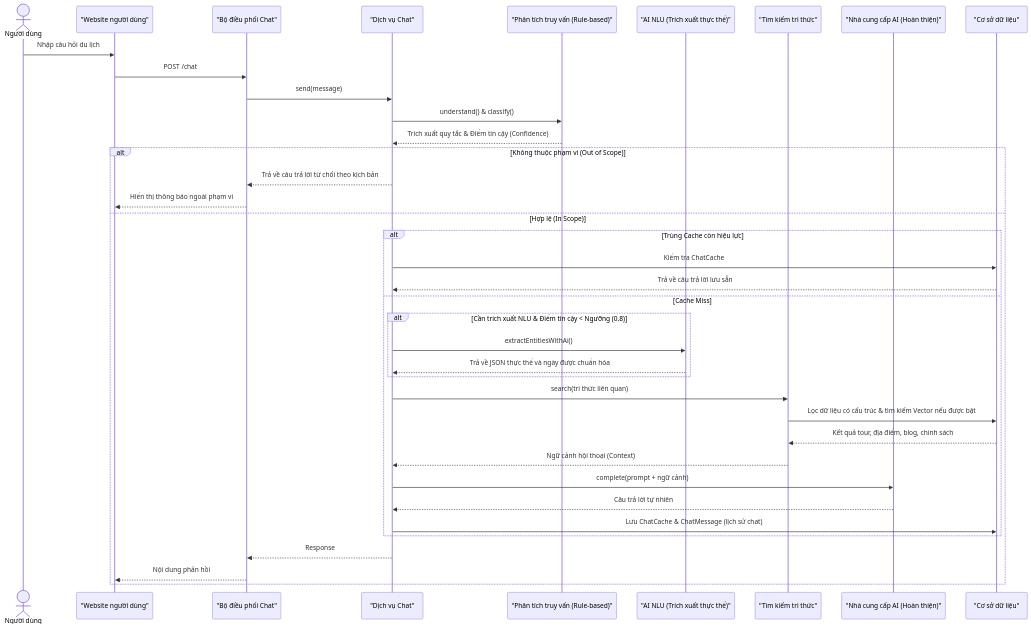
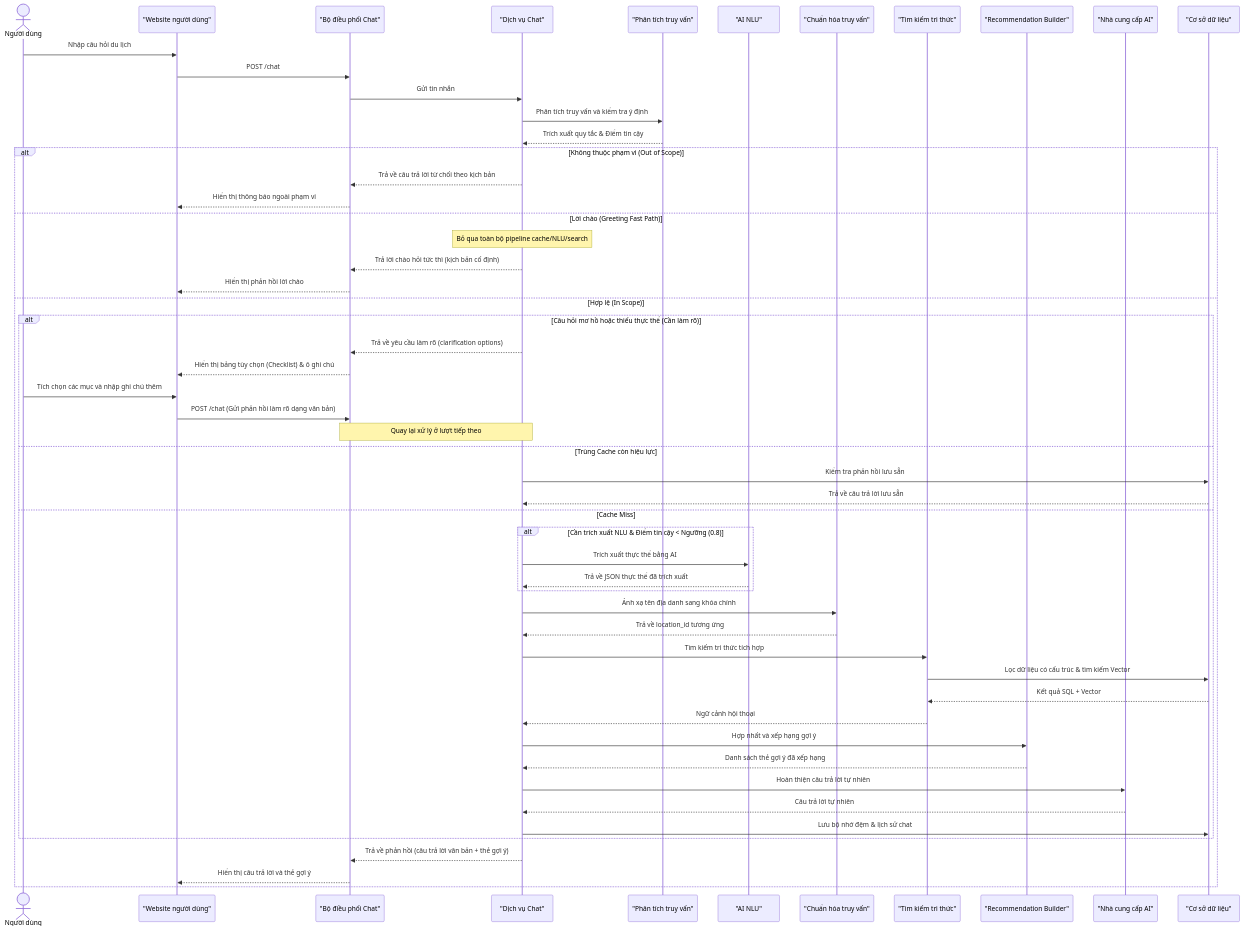
One commit to TayDuyNguyen/DATN_Document changed the sixth of 9 diagrams in bao-cao-do-an-danangtrip-md/03_chuong_2_phan_tich_thiet_ke_he_thong.md. Above: the diagram before and after it, drawn with Mermaid. The commit also changed other lines of this file and 9 other files, not shown here.

Commit message:
docs(chatbot): update chatbot pipeline steps, checklist clarification, and admin configuration screens in report

````diff
--- a/bao-cao-do-an-danangtrip-md/03_chuong_2_phan_tich_thiet_ke_he_thong.md
+++ b/bao-cao-do-an-danangtrip-md/03_chuong_2_phan_tich_thiet_ke_he_thong.md
@@ -418,42 +419,58 @@
 ```mermaid
 sequenceDiagram
     actor U as Người dùng
     participant W as "Website người dùng"
     participant API as "Bộ điều phối Chat"
     participant S as "Dịch vụ Chat"
-    participant QU as "Phân tích truy vấn (Rule-based)"
-    participant AI_NLU as "AI NLU (Trích xuất thực thể)"
+    participant QU as "Phân tích truy vấn"
+    participant AI_NLU as "AI NLU"
+    participant NR as "Chuẩn hóa truy vấn"
     participant K as "Tìm kiếm tri thức"
-    participant AI as "Nhà cung cấp AI (Hoàn thiện)"
+    participant RB as "Recommendation Builder"
+    participant AI as "Nhà cung cấp AI"
     participant DB as "Cơ sở dữ liệu"
 
     U->>W: Nhập câu hỏi du lịch
     W->>API: POST /chat
-    API->>S: send(message)
-    S->>QU: understand() & classify()
-    QU-->>S: Trích xuất quy tắc & Điểm tin cậy (Confidence)
-    
+    API->>S: Gửi tin nhắn
+    S->>QU: Phân tích truy vấn và kiểm tra ý định
+    QU-->>S: Trích xuất quy tắc & Điểm tin cậy
+
     alt Không thuộc phạm vi (Out of Scope)
         S-->>API: Trả về câu trả lời từ chối theo kịch bản
         API-->>W: Hiển thị thông báo ngoài phạm vi
+    else Lời chào (Greeting Fast Path)
+        Note over S: Bỏ qua toàn bộ pipeline cache/NLU/search
+        S-->>API: Trả lời chào hỏi tức thì (kịch bản cố định)
+        API-->>W: Hiển thị phản hồi lời chào
     else Hợp lệ (In Scope)
-        alt Trùng Cache còn hiệu lực
-            S->>DB: Kiểm tra ChatCache
+        alt Câu hỏi mơ hồ hoặc thiếu thực thể (Cần làm rõ)
+            S-->>API: Trả về yêu cầu làm rõ (clarification options)
+            API-->>W: Hiển thị bảng tùy chọn (Checklist) & ô ghi chú
+            U->>W: Tích chọn các mục và nhập ghi chú thêm
+            W->>API: POST /chat (Gửi phản hồi làm rõ dạng văn bản)
+            Note over API,S: Quay lại xử lý ở lượt tiếp theo
+        else Trùng Cache còn hiệu lực
+            S->>DB: Kiểm tra phản hồi lưu sẵn
             DB-->>S: Trả về câu trả lời lưu sẵn
         else Cache Miss
             alt Cần trích xuất NLU & Điểm tin cậy < Ngưỡng (0.8)
-                S->>AI_NLU: extractEntitiesWithAi()
-                AI_NLU-->>S: Trả về JSON thực thể và ngày được chuẩn hóa
+                S->>AI_NLU: Trích xuất thực thể bằng AI
+                AI_NLU-->>S: Trả về JSON thực thể đã trích xuất
             end
-            S->>K: search(tri thức liên quan)
-            K->>DB: Lọc dữ liệu có cấu trúc & tìm kiếm Vector nếu được bật
-            DB-->>K: Kết quả tour, địa điểm, blog, chính sách
-            K-->>S: Ngữ cảnh hội thoại (Context)
-            S->>AI: complete(prompt + ngữ cảnh)
+            S->>NR: Ánh xạ tên địa danh sang khóa chính
+            NR-->>S: Trả về location_id tương ứng
+            S->>K: Tìm kiếm tri thức tích hợp
+            K->>DB: Lọc dữ liệu có cấu trúc & tìm kiếm Vector
+            DB-->>K: Kết quả SQL + Vector
+            K-->>S: Ngữ cảnh hội thoại
+            S->>RB: Hợp nhất và xếp hạng gợi ý
+            RB-->>S: Danh sách thẻ gợi ý đã xếp hạng
+            S->>AI: Hoàn thiện câu trả lời tự nhiên
             AI-->>S: Câu trả lời tự nhiên
-            S->>DB: Lưu ChatCache & ChatMessage (lịch sử chat)
+            S->>DB: Lưu bộ nhớ đệm & lịch sử chat
         end
-        S-->>API: Response
-        API-->>W: Nội dung phản hồi
+        S-->>API: Trả về phản hồi (câu trả lời văn bản + thẻ gợi ý)
+        API-->>W: Hiển thị câu trả lời và thẻ gợi ý
     end
 ```
````
